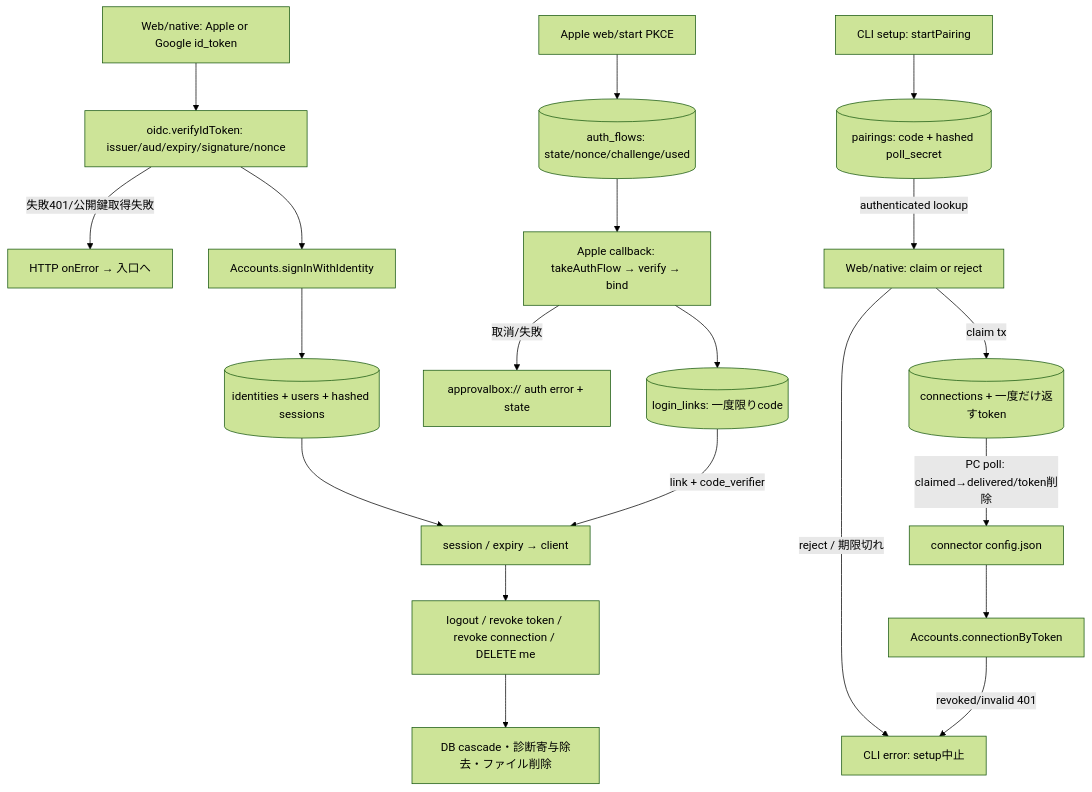
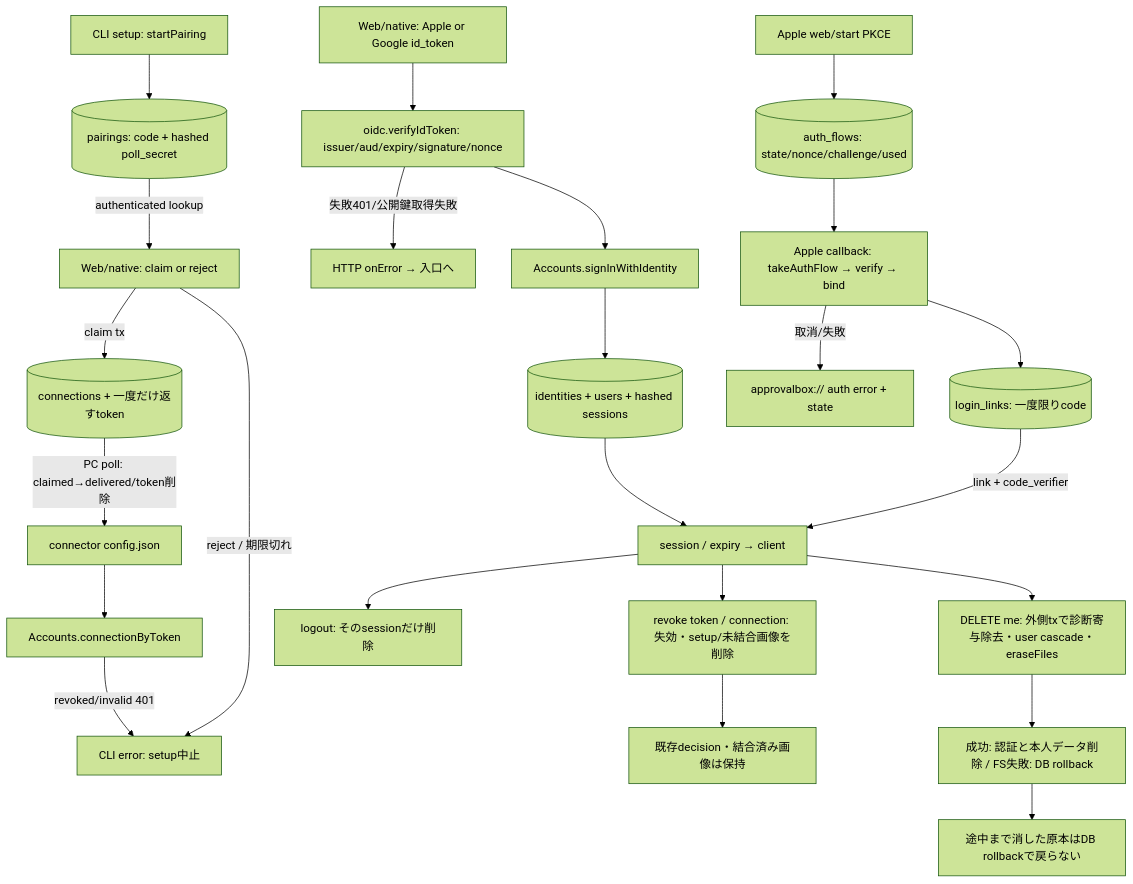
One commit to kitepon/approval-box changed the diagram in docs/refactoring/final/identity.mmd. Above: the diagram before and after it, drawn with Mermaid (forest theme). The commit also changed 35 other files, not shown here.

```diff
--- a/docs/refactoring/final/identity.mmd
+++ b/docs/refactoring/final/identity.mmd
@@ -1,20 +1,24 @@
 flowchart TD
  LOGIN["Web/native: Apple or Google id_token"] --> VERIFY["oidc.verifyIdToken: issuer/aud/expiry/signature/nonce"]
  VERIFY -->|失敗401/公開鍵取得失敗| ERR["HTTP onError → 入口へ"]
  VERIFY --> ACC["Accounts.signInWithIdentity"]
  ACC --> ID[("identities + users + hashed sessions")]
  ID --> SESSION["session / expiry → client"]
  START["Apple web/start PKCE"] --> FLOW[("auth_flows: state/nonce/challenge/used")]
  FLOW --> CALLBACK["Apple callback: takeAuthFlow → verify → bind"]
  CALLBACK -->|取消/失敗| RETURN["approvalbox:// auth error + state"]
  CALLBACK --> CODE[("login_links: 一度限りcode")]
  CODE -->|link + code_verifier| SESSION
  PC["CLI setup: startPairing"] --> PAIR[("pairings: code + hashed poll_secret")]
  PAIR -->|authenticated lookup| PERSON["Web/native: claim or reject"]
  PERSON -->|claim tx| CONN[("connections + 一度だけ返すtoken")]
  CONN -->|PC poll: claimed→delivered/token削除| CONFIG["connector config.json"]
  PERSON -->|reject / 期限切れ| STOP["CLI error: setup中止"]
  CONFIG --> AUTH["Accounts.connectionByToken"]
  AUTH -->|revoked/invalid 401| STOP
- SESSION --> REVOKE["logout / revoke token / revoke connection / DELETE me"]
- REVOKE --> CLEAN["DB cascade・診断寄与除去・ファイル削除"]
+ SESSION --> LOGOUT["logout: そのsessionだけ削除"]
+ SESSION --> REVOKE["revoke token / connection: 失効・setup/未結合画像を削除"]
+ REVOKE --> RETAIN["既存decision・結合済み画像は保持"]
+ SESSION --> DELETE["DELETE me: 外側txで診断寄与除去・user cascade・eraseFiles"]
+ DELETE --> CLEAN["成功: 認証と本人データ削除 / FS失敗: DB rollback"]
+ CLEAN --> LIMIT["途中まで消した原本はDB rollbackで戻らない"]
```
